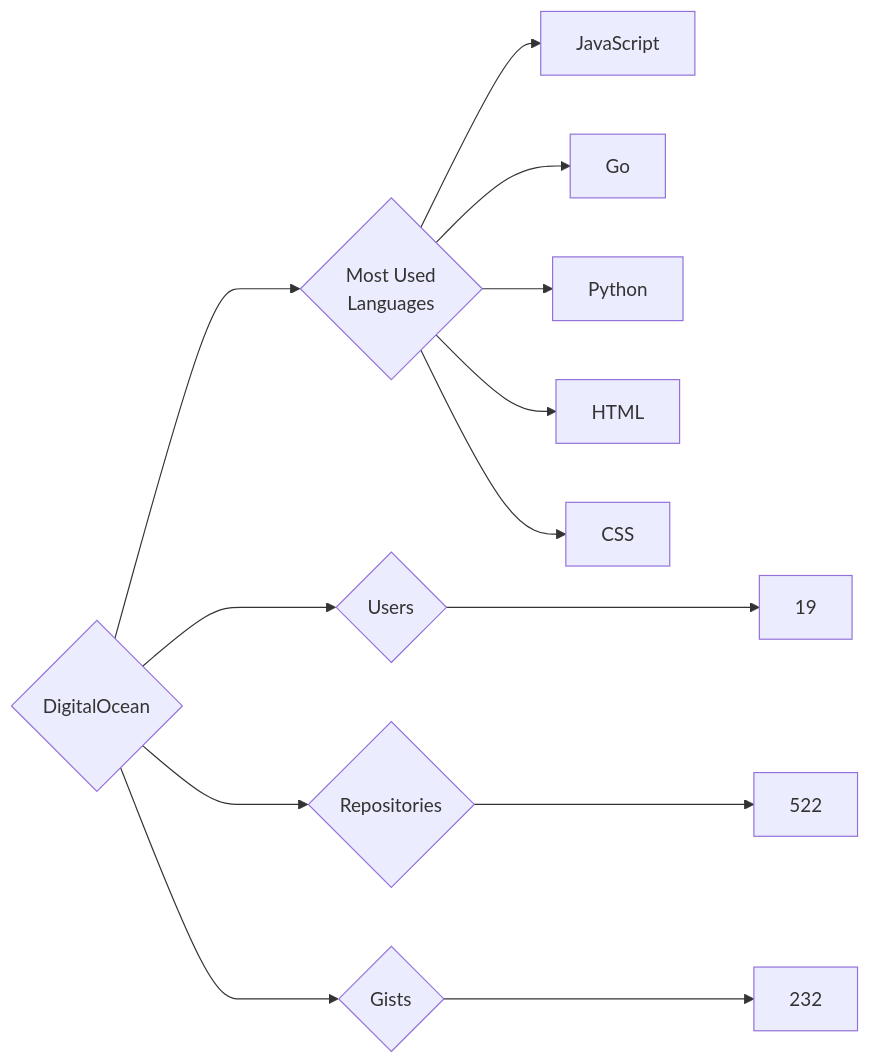
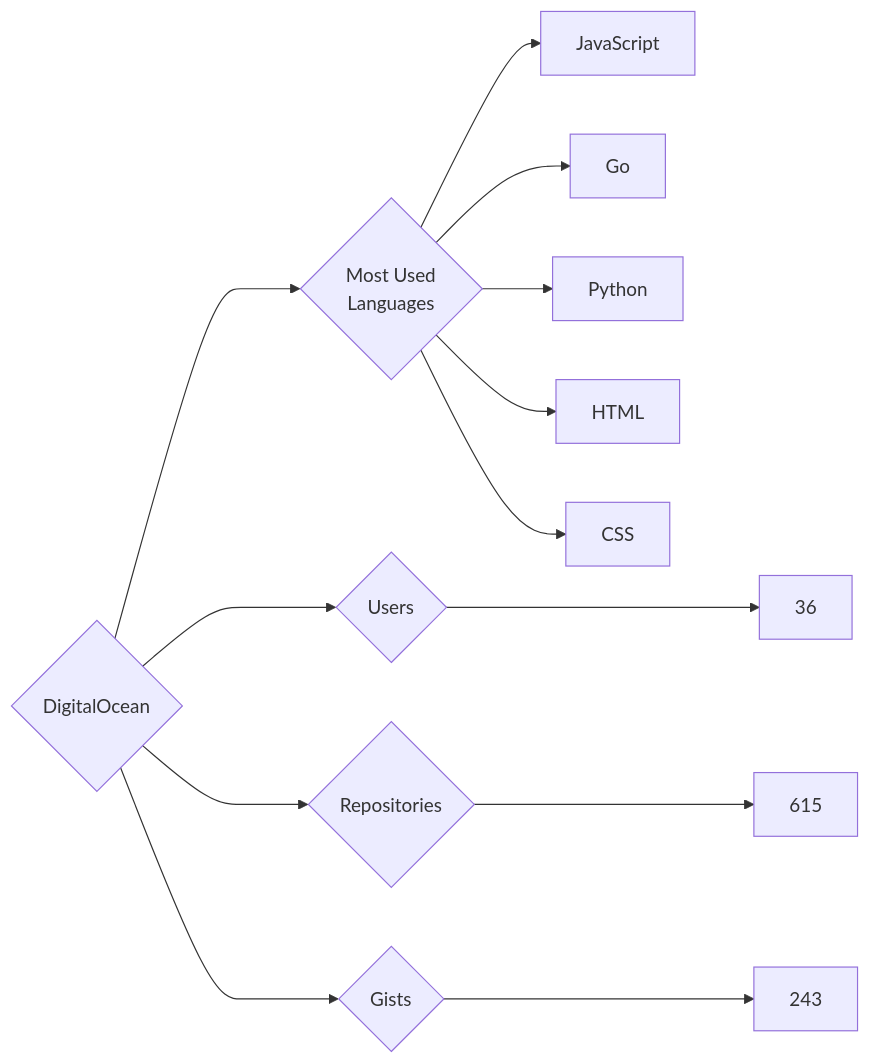
One commit to trickest/insiders changed the diagram in targets/DigitalOcean/README.md. Above: the diagram before and after it, drawn with Mermaid. The commit also changed 688 other files, not shown here.

````diff
--- a/targets/DigitalOcean/README.md
+++ b/targets/DigitalOcean/README.md
@@ -3,13 +3,13 @@
 ```mermaid
 graph LR
 COMPANY_NAME{DigitalOcean}
-COMPANY_NAME ---> U{Users} ---> UN[19]
-COMPANY_NAME ---> R{Repositories} ---> RN[522]
-COMPANY_NAME ---> G{Gists} ---> GN[232]
+COMPANY_NAME ---> U{Users} ---> UN[36]
+COMPANY_NAME ---> R{Repositories} ---> RN[615]
+COMPANY_NAME ---> G{Gists} ---> GN[243]
 COMPANY_NAME ---> ML{Most Used<br>Languages}
 ML --> JavaScript[JavaScript]
 ML --> Go[Go]
 ML --> Python[Python]
 ML --> HTML[HTML]
 ML --> CSS[CSS]
 ```
````
